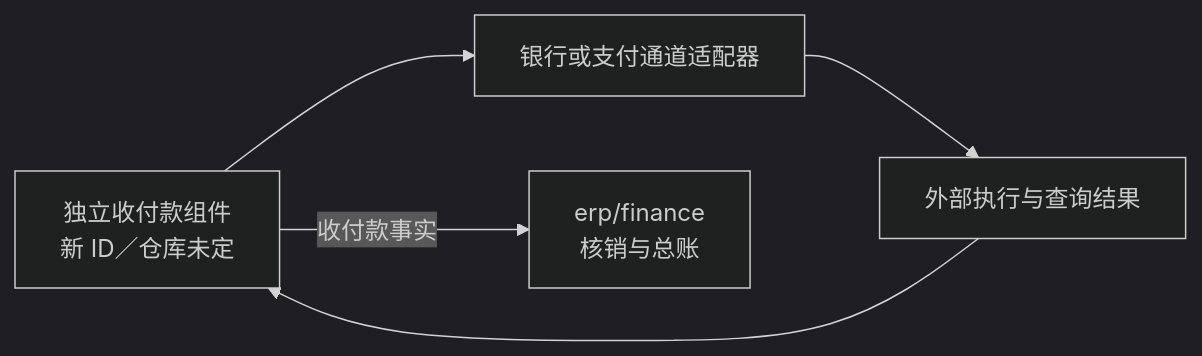
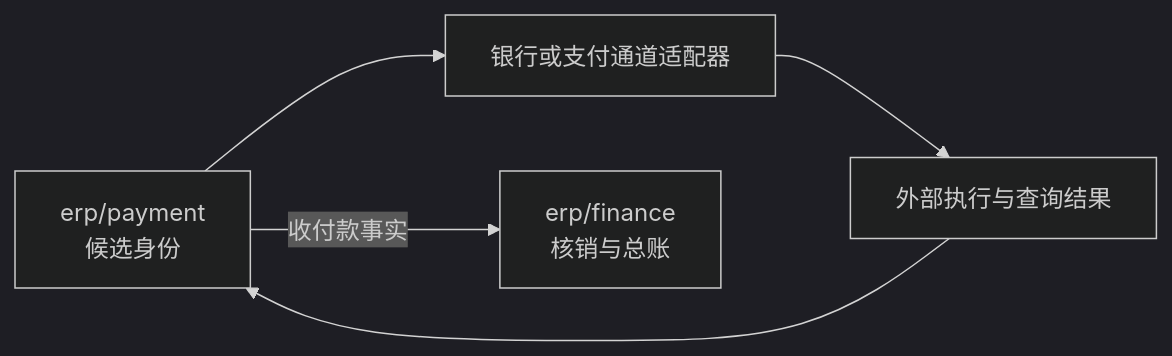
The second of 4 diagrams in tempDocs/replacements/finance-and-settlement.md (brickKit/be-assembly-standard), drawn with Mermaid (dark theme) before and after one commit. The commit also changed other lines of this file and 25 other files, not shown here.

````diff
--- a/tempDocs/replacements/finance-and-settlement.md
+++ b/tempDocs/replacements/finance-and-settlement.md
@@ -73,7 +73,7 @@
 ```mermaid
 flowchart LR
-    R[独立收付款组件<br/>新 ID／仓库未定] --> A[银行或支付通道适配器]
+    R[erp/payment<br/>候选身份] --> A[银行或支付通道适配器]
     A --> E[外部执行与查询结果]
     E --> R
     R -->|收付款事实| F[erp/finance<br/>核销与总账]
 ```
````
